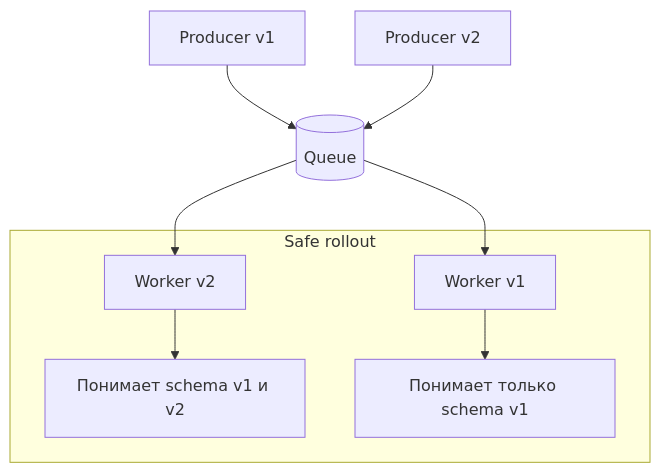
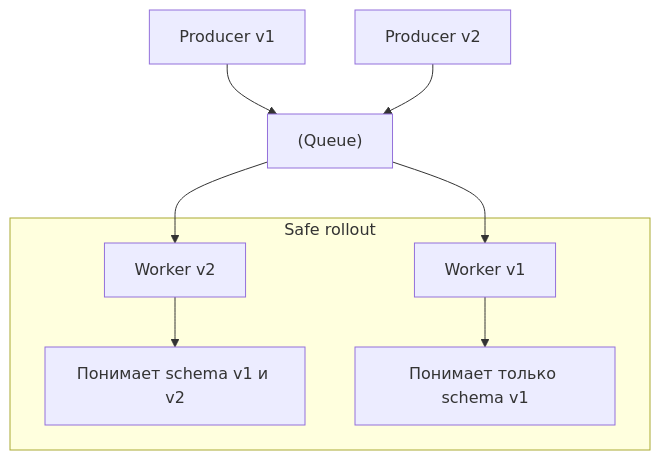
The diagram in directions/services/celery/pact/22_vnutrennee_ustroystvo_celery/13_22_22_2_task_message_protocol.md (DDoSKudya/ai-study-atlas), drawn with Mermaid before and after one commit. The commit also changed 322 other files, not shown here.

Commit message:
fix(docs): make mermaid diagrams GitHub-compatible across directions content

````diff
--- a/directions/services/celery/pact/22_vnutrennee_ustroystvo_celery/13_22_22_2_task_message_protocol.md
+++ b/directions/services/celery/pact/22_vnutrennee_ustroystvo_celery/13_22_22_2_task_message_protocol.md
@@ -79,12 +79,12 @@
 ```mermaid
 flowchart TD
-    V1P[Producer v1] --> Q[(Queue)]
-    V2P[Producer v2] --> Q
-    Q --> V1W[Worker v1]
-    Q --> V2W[Worker v2]
+    V1P["Producer v1"] --> Q["(Queue)"]
+    V2P["Producer v2"] --> Q
+    Q --> V1W["Worker v1"]
+    Q --> V2W["Worker v2"]
 
     subgraph Safe rollout
-      V2W --> C1[Понимает schema v1 и v2]
-      V1W --> C2[Понимает только schema v1]
+      V2W --> C1["Понимает schema v1 и v2"]
+      V1W --> C2["Понимает только schema v1"]
     end
 ```
````
